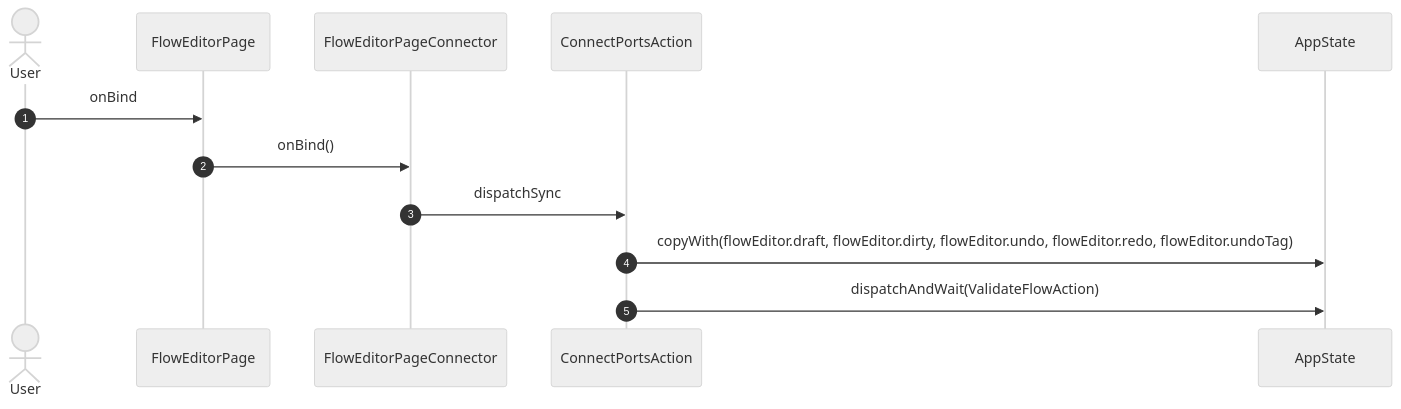
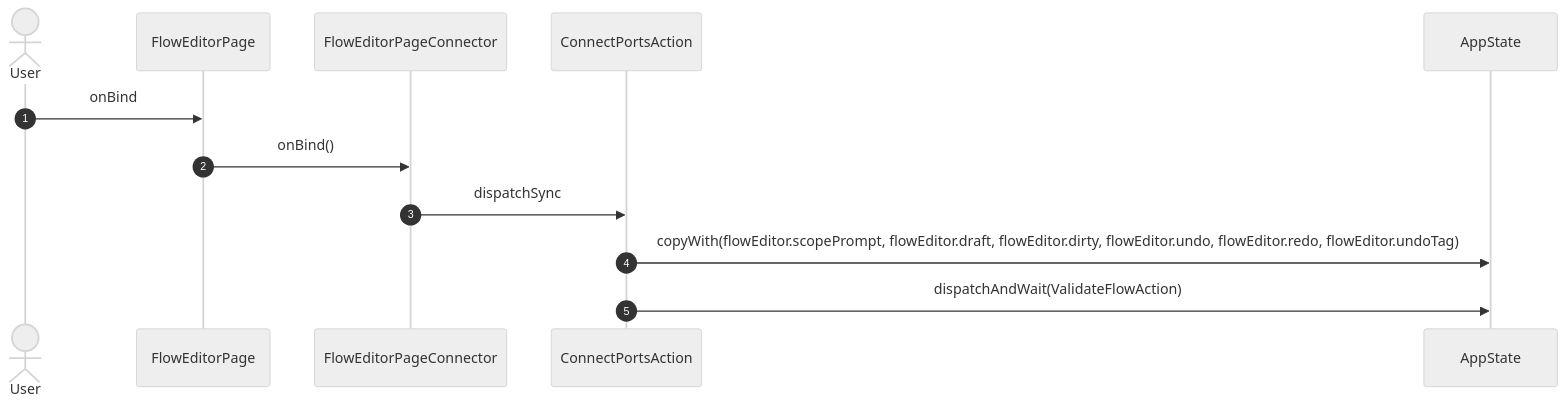
One commit to gencto/wyrm changed diagram 31 of 42 in studio/docs/flows/flowEditor.md. Above: the diagram before and after it, drawn with Mermaid (neutral theme). The commit also changed other lines of this file and 7 other files, not shown here.

````diff
--- a/studio/docs/flows/flowEditor.md
+++ b/studio/docs/flows/flowEditor.md
@@ -399,15 +680,15 @@
 ```mermaid
 sequenceDiagram
     autonumber
     actor User
     participant UI as FlowEditorPage
     participant VM as FlowEditorPageConnector
     participant A1 as ConnectPortsAction
     participant ST as AppState
 
     User->>UI: onBind
     UI->>VM: onBind()
     VM->>A1: dispatchSync
-    A1->>ST: copyWith(flowEditor.draft, flowEditor.dirty, flowEditor.undo, flowEditor.redo, flowEditor.undoTag)
+    A1->>ST: copyWith(flowEditor.scopePrompt, flowEditor.draft, flowEditor.dirty, flowEditor.undo, flowEditor.redo, flowEditor.undoTag)
     A1->>ST: dispatchAndWait(ValidateFlowAction)
 ```
````
